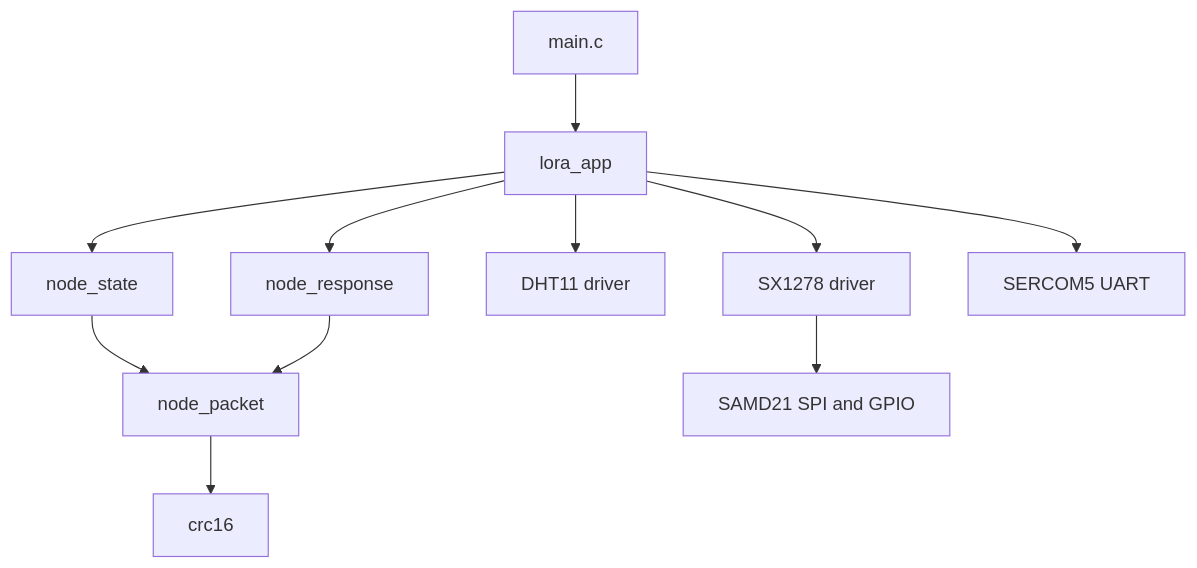
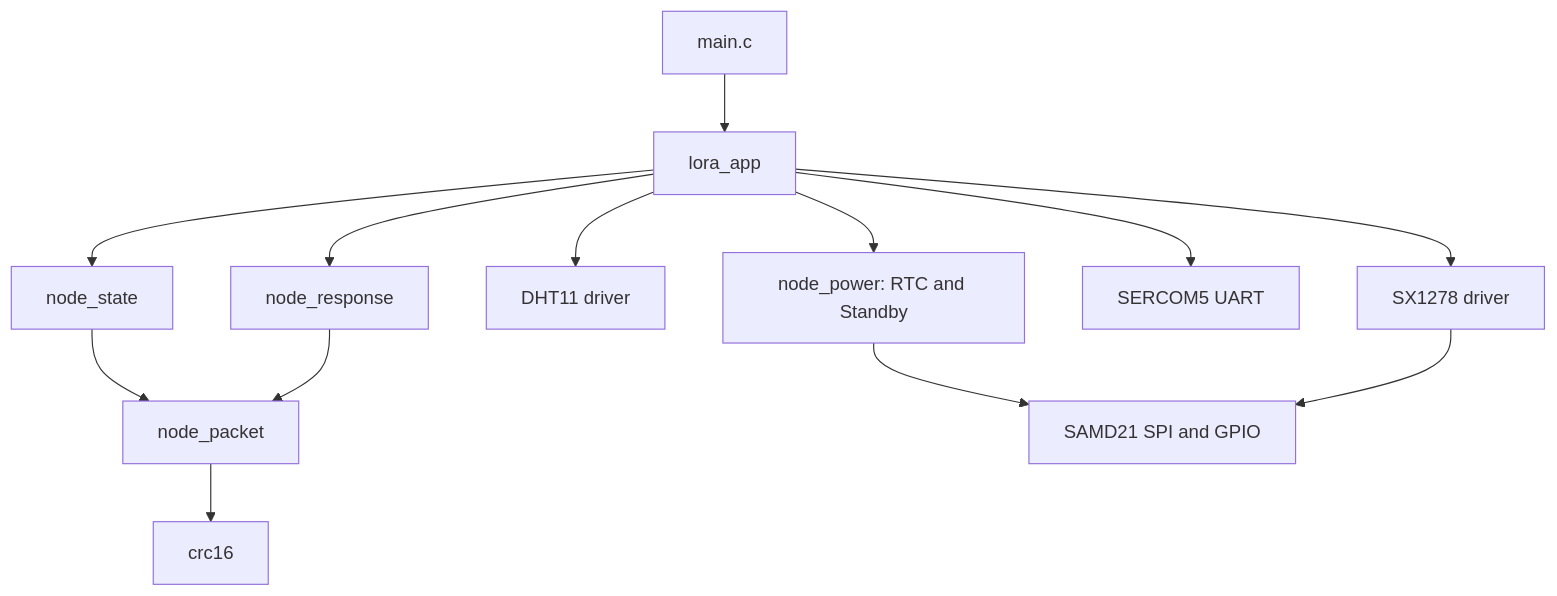
The first of 2 diagrams in README.md (tranhgocode/SAMD21_LoRa02), drawn with Mermaid before and after one commit. The commit also changed other lines of this file and 10 other files, not shown here.

Commit message:
feat(power): add RTC wakeup and standby support for sensor node

````diff
--- a/README.md
+++ b/README.md
@@ -53,13 +56,15 @@
 ```mermaid
 flowchart TD
     MAIN[main.c] --> APP[lora_app]
     APP --> STATE[node_state]
     APP --> RESPONSE[node_response]
     STATE --> PACKET[node_packet]
     RESPONSE --> PACKET
     PACKET --> CRC[crc16]
     APP --> DHT[DHT11 driver]
     APP --> RADIO[SX1278 driver]
     APP --> UART[SERCOM5 UART]
+    APP --> POWER[node_power: RTC and Standby]
+    POWER --> PLATFORM
     RADIO --> PLATFORM[SAMD21 SPI and GPIO]
 ```
````
